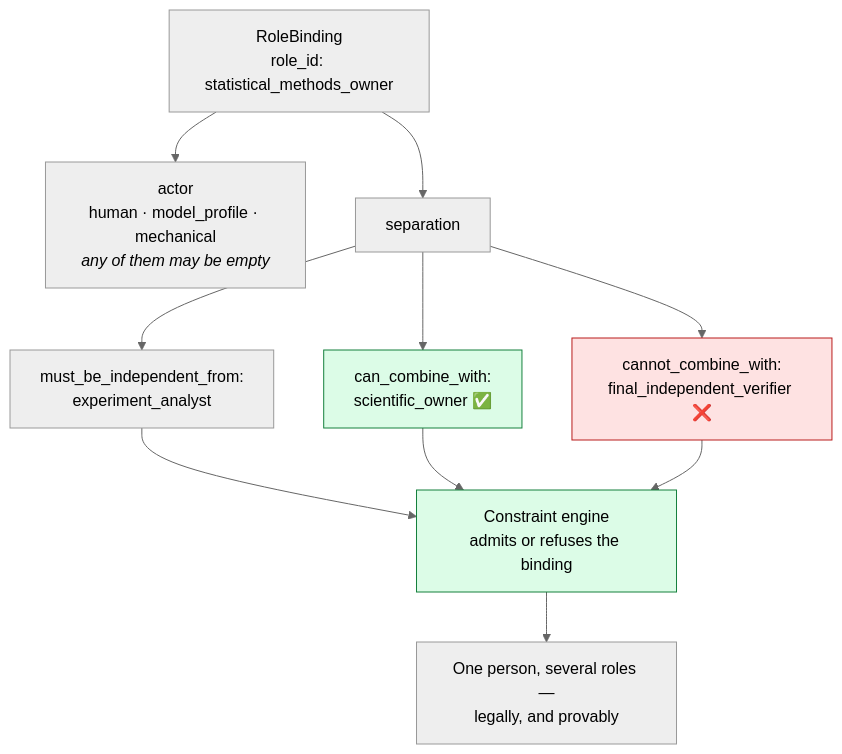
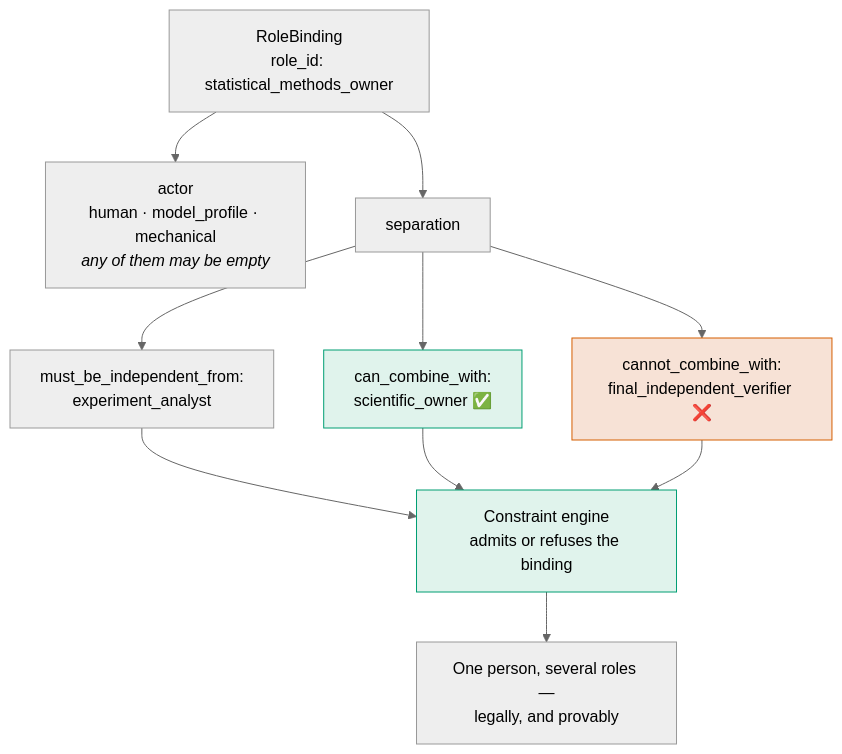
Diagram 12 of 16 in README.md (furkanhanilci/AETHRION), drawn with Mermaid (neutral theme) before and after one commit. The commit also changed other lines of this file and 32 other files, not shown here.

````diff
--- a/README.md
+++ b/README.md
@@ -478,17 +531,17 @@
 ```mermaid
 flowchart TD
     R["RoleBinding<br/>role_id: statistical_methods_owner"]
     R --> ACT["actor<br/>human · model_profile · mechanical<br/><i>any of them may be empty</i>"]
     R --> SEP["separation"]
     SEP --> S1["must_be_independent_from:<br/>experiment_analyst"]
     SEP --> S2["can_combine_with:<br/>scientific_owner ✅"]
     SEP --> S3["cannot_combine_with:<br/>final_independent_verifier ❌"]
     S1 --> ENG["Constraint engine<br/>admits or refuses the binding"]
     S2 --> ENG
     S3 --> ENG
     ENG --> OK["One person, several roles —<br/>legally, and provably"]
 
-    style ENG fill:#dcfce7,stroke:#15803d,color:#000
-    style S3 fill:#fee2e2,stroke:#b91c1c,color:#000
-    style S2 fill:#dcfce7,stroke:#15803d,color:#000
+    style ENG fill:#E0F3EC,stroke:#009E73,color:#000
+    style S3 fill:#F7E2D6,stroke:#D55E00,color:#000
+    style S2 fill:#E0F3EC,stroke:#009E73,color:#000
 ```
````
